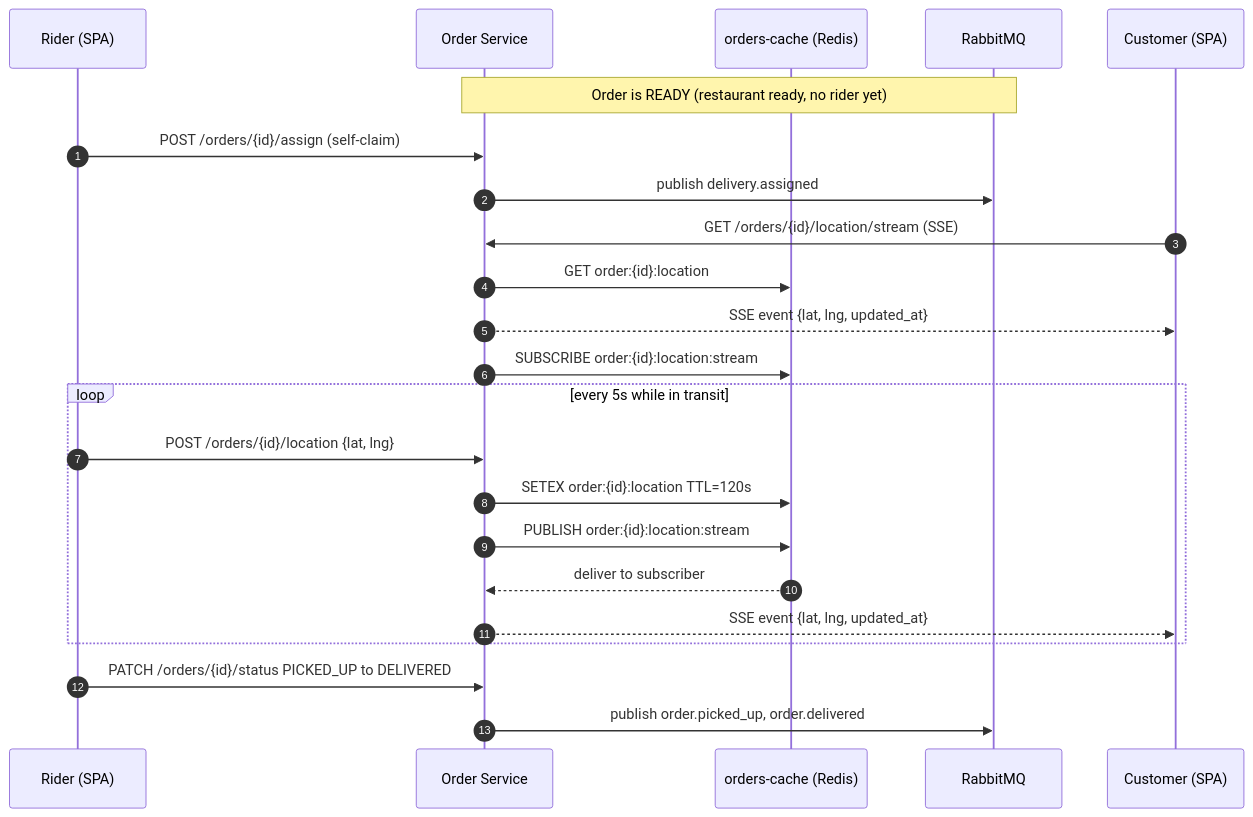
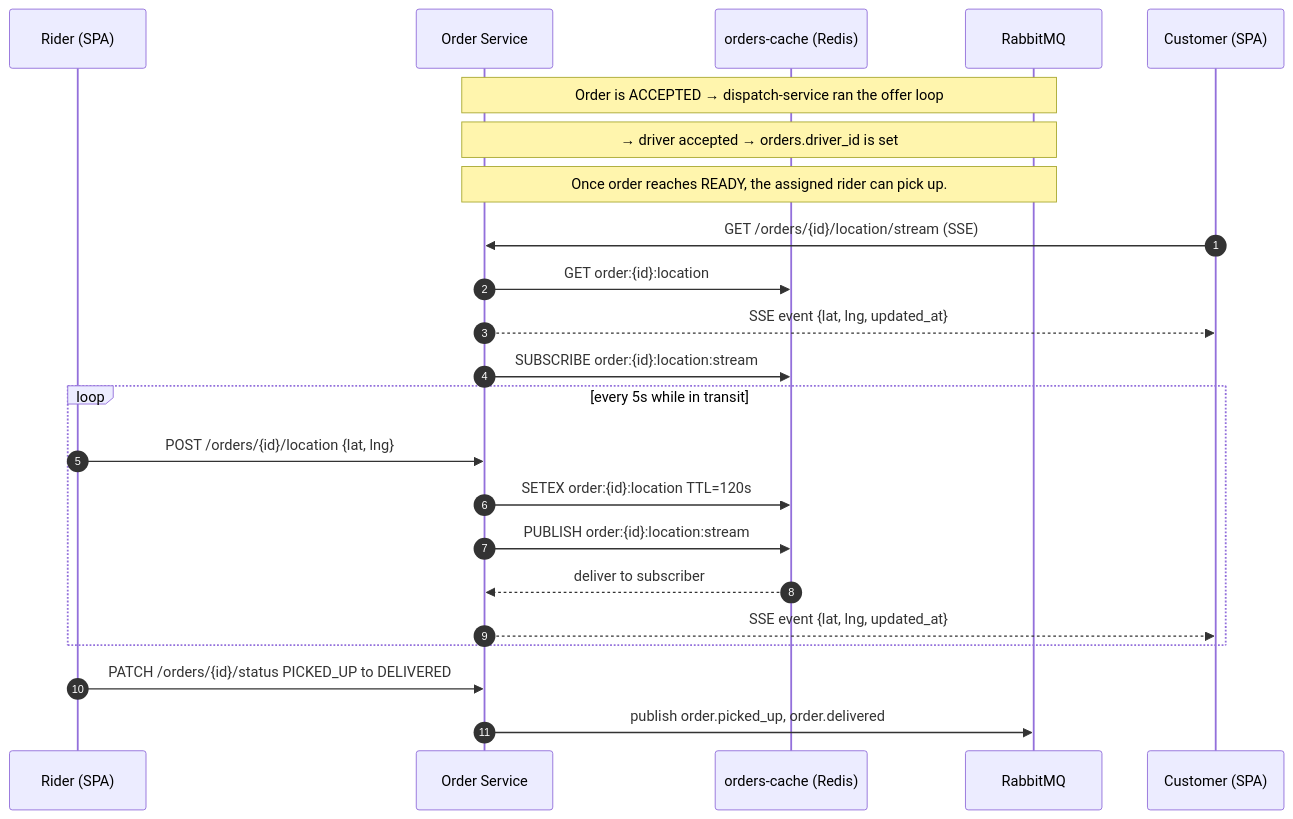
The third of 8 diagrams in README.md (ThePainTester/food-delivery), drawn with Mermaid before and after one commit. The commit also changed other lines of this file and 77 other files, not shown here.

Commit message:
implement dispatch service

````diff
--- a/README.md
+++ b/README.md
@@ -93,26 +97,26 @@
 ```mermaid
 sequenceDiagram
   autonumber
   participant R as Rider (SPA)
   participant OS as Order Service
   participant Redis as orders-cache (Redis)
   participant MQ as RabbitMQ
   participant C as Customer (SPA)
 
-  Note over OS,MQ: Order is READY (restaurant ready, no rider yet)
-  R->>OS: POST /orders/{id}/assign (self-claim)
-  OS->>MQ: publish delivery.assigned
+  Note over OS,MQ: Order is ACCEPTED → dispatch-service ran the offer loop
+  Note over OS,MQ: → driver accepted → orders.driver_id is set
+  Note over OS,MQ: Once order reaches READY, the assigned rider can pick up.
   C->>OS: GET /orders/{id}/location/stream (SSE)
   OS->>Redis: GET order:{id}:location
   OS-->>C: SSE event {lat, lng, updated_at}
   OS->>Redis: SUBSCRIBE order:{id}:location:stream
   loop every 5s while in transit
     R->>OS: POST /orders/{id}/location {lat, lng}
     OS->>Redis: SETEX order:{id}:location TTL=120s
     OS->>Redis: PUBLISH order:{id}:location:stream
     Redis-->>OS: deliver to subscriber
     OS-->>C: SSE event {lat, lng, updated_at}
   end
   R->>OS: PATCH /orders/{id}/status PICKED_UP to DELIVERED
   OS->>MQ: publish order.picked_up, order.delivered
 ```
````
